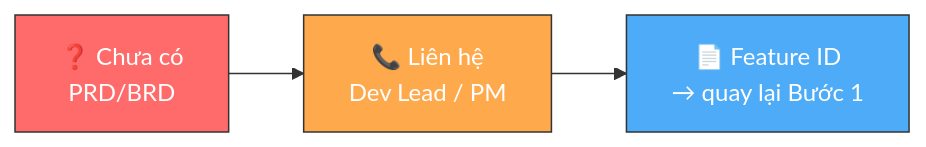
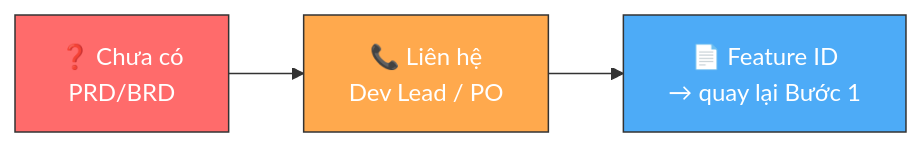
Before and after one commit to Cyberk-Official/handbooks: the second of 2 diagrams in 04-delivery/dev-tasks-logs/dev-tasks-logs-process.md, drawn with Mermaid. The commit also changed other lines of this file and 74 other files, not shown here.

````diff
--- a/04-delivery/dev-tasks-logs/dev-tasks-logs-process.md
+++ b/04-delivery/dev-tasks-logs/dev-tasks-logs-process.md
@@ -44,9 +44,9 @@
 ```mermaid
 flowchart LR
-    X["❓ Chưa có\nPRD/BRD"] --> Y["📞 Liên hệ\nDev Lead / PM"]
+    X["❓ Chưa có\nPRD/BRD"] --> Y["📞 Liên hệ\nDev Lead / PO"]
     Y --> Z["📄 Feature ID\n→ quay lại Bước 1"]
 
     style X fill:#ff6b6b,stroke:#333,color:#fff
     style Y fill:#ffa94d,stroke:#333,color:#fff
     style Z fill:#4dabf7,stroke:#333,color:#fff
 ```
````
